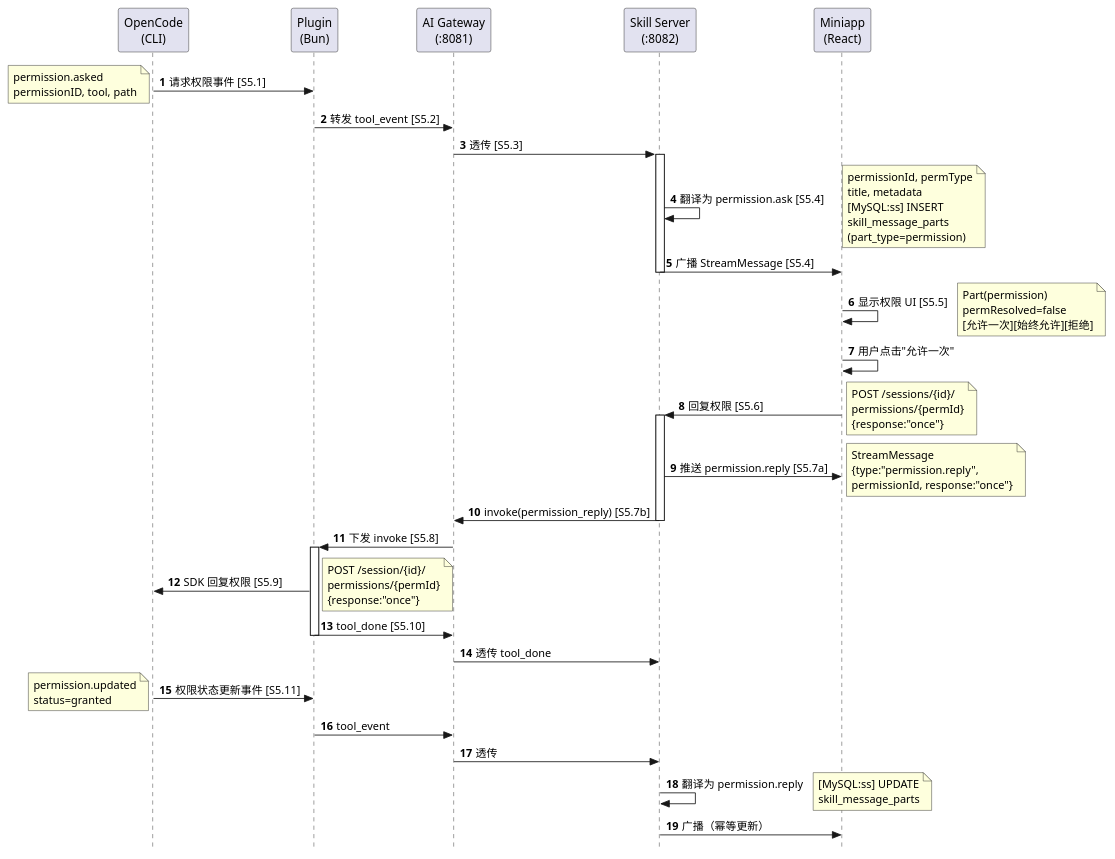
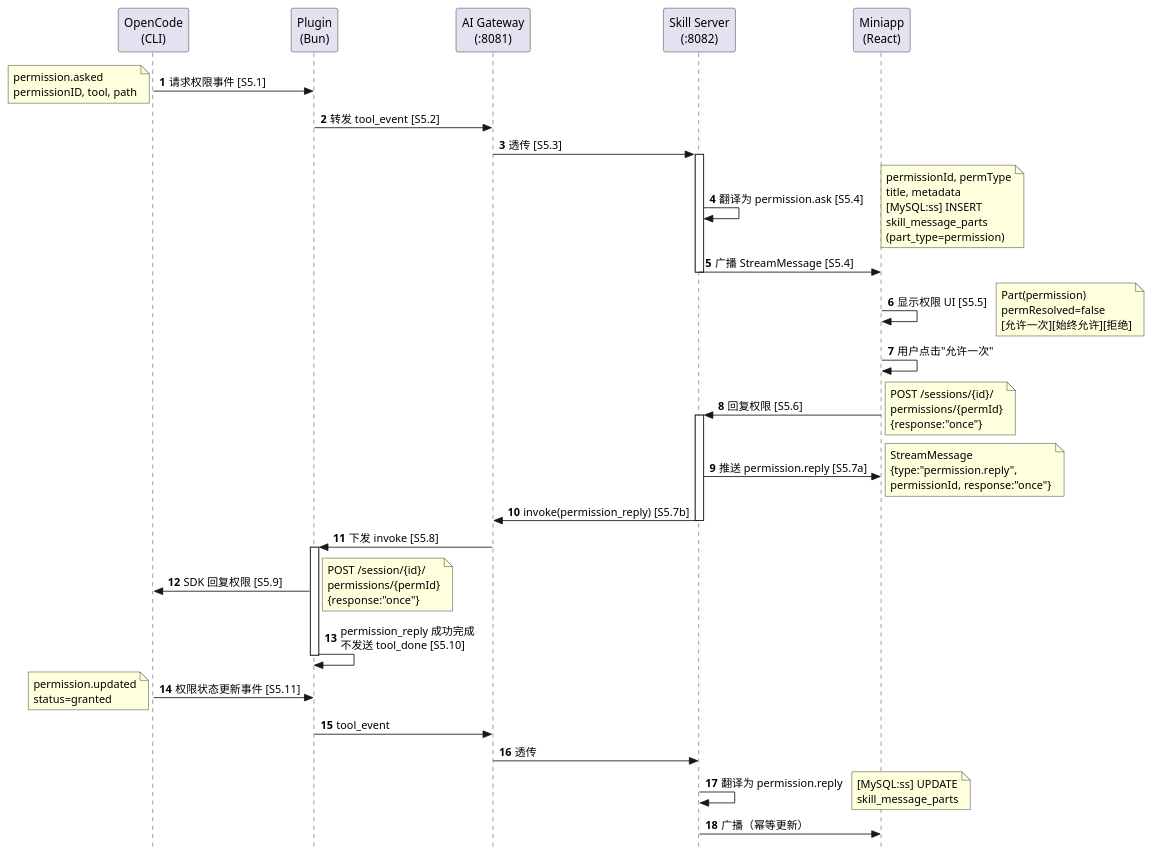
The tenth of 22 diagrams in documents/protocol/06-end-to-end-flows.md (Llllviaaaa/opencode-CUI), drawn with PlantUML before and after one commit. The commit also changed other lines of this file and 6 other files, not shown here.

Commit message:
docs(protocol): align message-bridge event contracts and flows

````diff
--- a/documents/protocol/06-end-to-end-flows.md
+++ b/documents/protocol/06-end-to-end-flows.md
@@ -1194,59 +1198,57 @@
 ```plantuml
 @startuml 场景5_权限请求与授权
 skinparam style strictuml
 autonumber
 
 participant "OpenCode\n(CLI)" as OC
 participant "Plugin\n(Bun)" as PL
 participant "AI Gateway\n(:8081)" as GW
 participant "Skill Server\n(:8082)" as SS
 participant "Miniapp\n(React)" as MA
 
 OC -> PL : 请求权限事件 [S5.1]
 note left: permission.asked\npermissionID, tool, path
 
 PL -> GW : 转发 tool_event [S5.2]
 GW -> SS : 透传 [S5.3]
 
 activate SS
 SS -> SS : 翻译为 permission.ask [S5.4]
 note right: permissionId, permType\ntitle, metadata\n[MySQL:ss] INSERT\nskill_message_parts\n(part_type=permission)
 SS -> MA : 广播 StreamMessage [S5.4]
 deactivate SS
 
 MA -> MA : 显示权限 UI [S5.5]
 note right: Part(permission)\npermResolved=false\n[允许一次][始终允许][拒绝]
 
 MA -> MA : 用户点击"允许一次"
 
 MA -> SS : 回复权限 [S5.6]
 note right: POST /sessions/{id}/\npermissions/{permId}\n{response:"once"}
 
 activate SS
 SS -> MA : 推送 permission.reply [S5.7a]
 note right: StreamMessage\n{type:"permission.reply",\npermissionId, response:"once"}
 
 SS -> GW : invoke(permission_reply) [S5.7b]
 deactivate SS
 
 GW -> PL : 下发 invoke [S5.8]
 
 activate PL
 PL -> OC : SDK 回复权限 [S5.9]
 note right: POST /session/{id}/\npermissions/{permId}\n{response:"once"}
-PL -> GW : tool_done [S5.10]
+PL -> PL : permission_reply 成功完成\n不发送 tool_done [S5.10]
 deactivate PL
-
-GW -> SS : 透传 tool_done
 
 OC -> PL : 权限状态更新事件 [S5.11]
 note left: permission.updated\nstatus=granted
 
 PL -> GW : tool_event
 GW -> SS : 透传
 SS -> SS : 翻译为 permission.reply
 note right: [MySQL:ss] UPDATE\nskill_message_parts
 SS -> MA : 广播（幂等更新）
 
 @enduml
 ```
````
